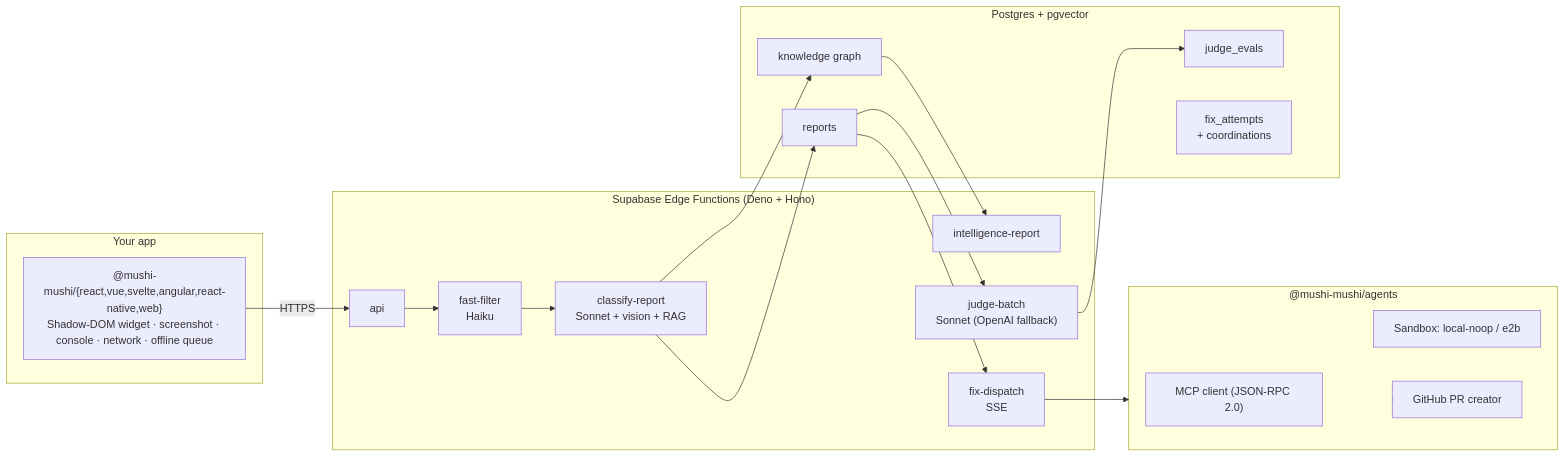
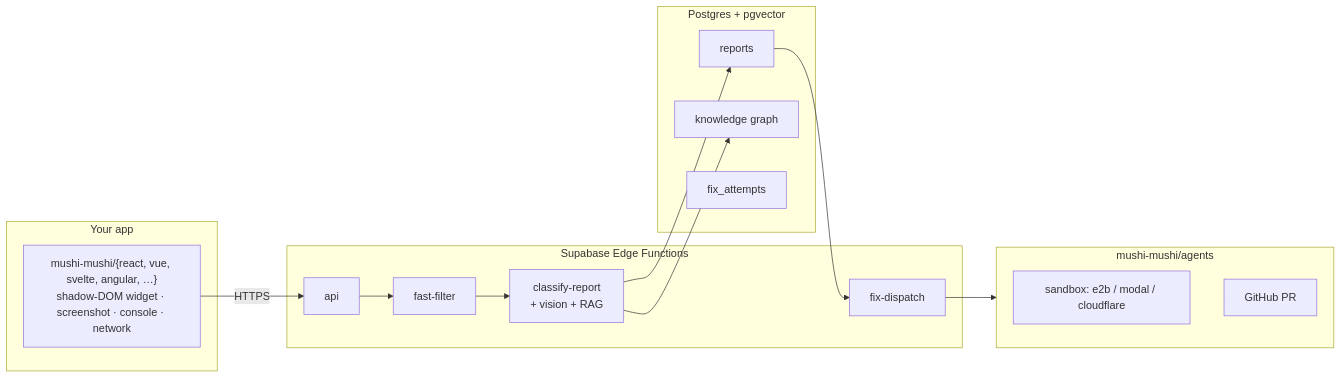
The diagram in README.md (kensaurus/mushi-mushi), drawn with Mermaid before and after one commit. The commit also changed other lines of this file and 21 other files, not shown here.

````diff
--- a/README.md
+++ b/README.md
@@ -405,37 +142,27 @@
 ```mermaid
 flowchart LR
     subgraph App["Your app"]
-        SDK["@mushi-mushi/{react,vue,svelte,angular,react-native,web}<br/>Shadow-DOM widget · screenshot · console · network · offline queue"]
+        SDK["mushi-mushi/{react, vue, svelte, angular, …}<br/>shadow-DOM widget · screenshot · console · network"]
     end
-
-    subgraph Edge["Supabase Edge Functions (Deno + Hono)"]
+    subgraph Edge["Supabase Edge Functions"]
         API["api"]
-        FF["fast-filter<br/>Haiku"]
-        CR["classify-report<br/>Sonnet + vision + RAG"]
-        JB["judge-batch<br/>Sonnet (OpenAI fallback)"]
-        IR["intelligence-report"]
-        ORCH["fix-dispatch<br/>SSE"]
+        FF["fast-filter"]
+        CR["classify-report<br/>+ vision + RAG"]
+        ORCH["fix-dispatch"]
     end
-
     subgraph DB["Postgres + pgvector"]
         REP["reports"]
         KG["knowledge graph"]
-        EVAL["judge_evals"]
-        FIX["fix_attempts<br/>+ coordinations"]
+        FIX["fix_attempts"]
     end
-
-    subgraph Agents["@mushi-mushi/agents"]
-        MO["MCP client (JSON-RPC 2.0)"]
-        SBX["Sandbox: local-noop / e2b"]
-        GH["GitHub PR creator"]
+    subgraph Agents["mushi-mushi/agents"]
+        SBX["sandbox: e2b / modal / cloudflare"]
+        GH["GitHub PR"]
     end
-
     SDK -->|HTTPS| API
     API --> FF --> CR
     CR --> KG
     CR --> REP
-    KG --> IR
-    REP --> JB --> EVAL
     REP --> ORCH --> Agents
     Agents --> GH
 ```
````
